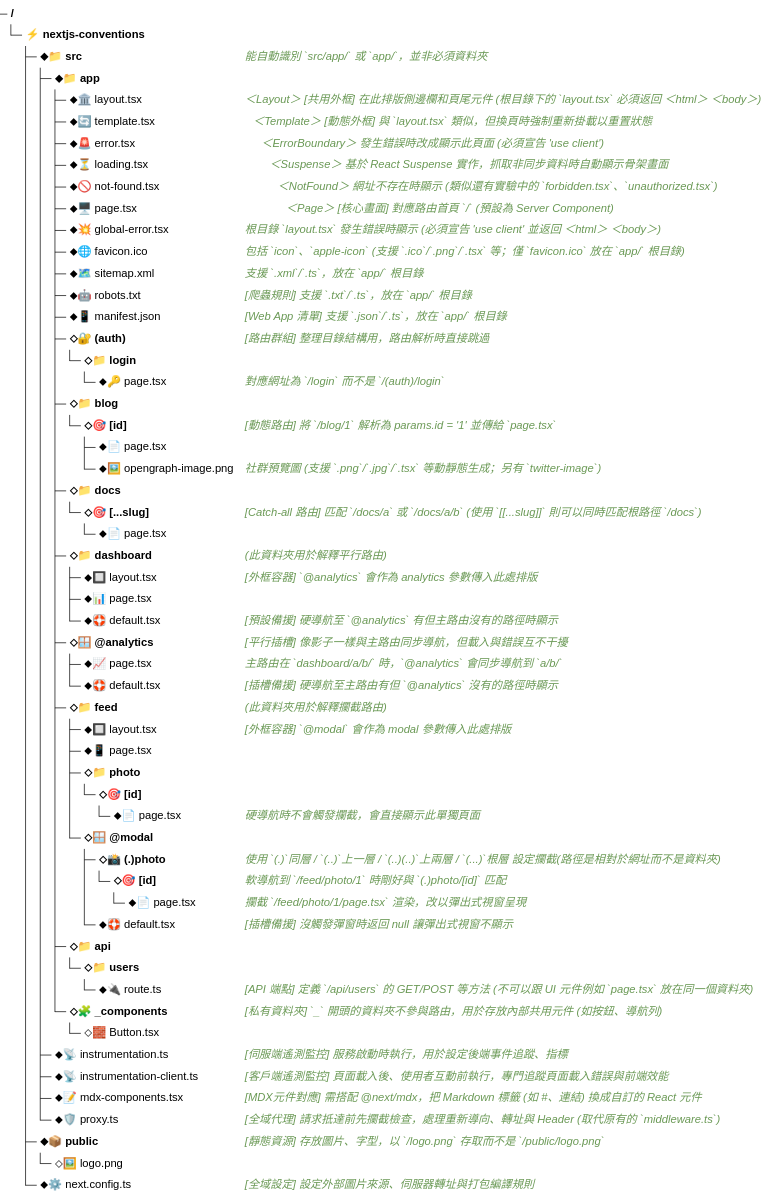
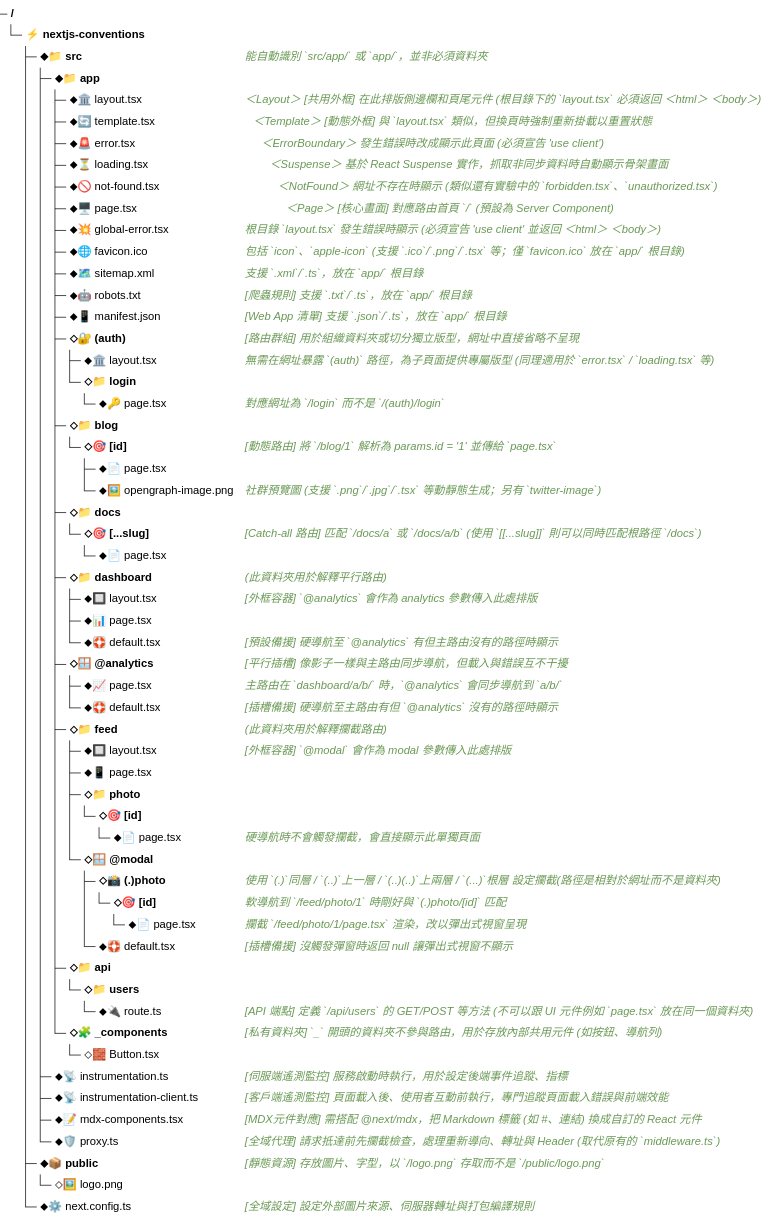
One commit to moonyoulove/nextjs-conventions-cheatsheet changed the diagram in README_ZH-TW.md. Above: the diagram before and after it, drawn with Mermaid (neutral theme). The commit also changed 1 other file, not shown here.

Commit message:
docs: add layout.tsx under route group and refine descriptions

````diff
--- a/README_ZH-TW.md
+++ b/README_ZH-TW.md
@@ -7,64 +7,65 @@
 ```mermaid
 ---
 config:
   treeView:
     showIcons: false
     rowIndent: 16
     paddingY: 6
 ---
 treeView-beta
 ⚡ nextjs-conventions/
   ⬥📁 src/ ## 能自動識別 `src/app/` 或 `app/`，並非必須資料夾
     ⬥📁 app/
       ⬥🏛️ layout.tsx ## ＜Layout＞ [共用外框] 在此排版側邊欄和頁尾元件 (根目錄下的 `layout.tsx` 必須返回 ＜html＞ ＜body＞)
       ⬥🔄 template.tsx ## ⠀＜Template＞ [動態外框] 與 `layout.tsx` 類似，但換頁時強制重新掛載以重置狀態
       ⬥🚨 error.tsx ## ⠀⠀＜ErrorBoundary＞ 發生錯誤時改成顯示此頁面 (必須宣告 'use client')
       ⬥⏳ loading.tsx ## ⠀⠀⠀＜Suspense＞ 基於 React Suspense 實作，抓取非同步資料時自動顯示骨架畫面
       ⬥🚫 not-found.tsx ## ⠀⠀⠀⠀＜NotFound＞ 網址不存在時顯示 (類似還有實驗中的 `forbidden.tsx`、`unauthorized.tsx`)
       ⬥🖥️ page.tsx ## ⠀⠀⠀⠀⠀＜Page＞ [核心畫面] 對應路由首頁 `/` (預設為 Server Component)
       ⬥💥 global-error.tsx ## 根目錄 `layout.tsx` 發生錯誤時顯示 (必須宣告 'use client' 並返回 ＜html＞ ＜body＞)
       ⬥🌐 favicon.ico ## 包括 `icon`、`apple-icon` (支援 `.ico`/`.png`/`.tsx` 等；僅 `favicon.ico` 放在 `app/` 根目錄)
       ⬥🗺️ sitemap.xml ## 支援 `.xml`/`.ts`，放在 `app/` 根目錄
       ⬥🤖 robots.txt ## [爬蟲規則] 支援 `.txt`/`.ts`，放在 `app/` 根目錄
       ⬥📱 manifest.json ## [Web App 清單] 支援 `.json`/`.ts`，放在 `app/` 根目錄
-      ⬦🔐 (auth)/ ## [路由群組] 整理目錄結構用，路由解析時直接跳過
+      ⬦🔐 (auth)/ ## [路由群組] 用於組織資料夾或切分獨立版型，網址中直接省略不呈現
+        ⬥🏛️ layout.tsx ## 無需在網址暴露 `(auth)` 路徑，為子頁面提供專屬版型 (同理適用於 `error.tsx` / `loading.tsx` 等)
         ⬦📁 login/
           ⬥🔑 page.tsx ## 對應網址為 `/login` 而不是 `/(auth)/login`
       ⬦📁 blog/
         ⬦🎯 [id]/ ## [動態路由] 將 `/blog/1` 解析為 params.id = '1' 並傳給 `page.tsx`
           ⬥📄 page.tsx
           ⬥🖼️ opengraph-image.png ## 社群預覽圖 (支援 `.png`/`.jpg`/`.tsx` 等動靜態生成；另有 `twitter-image`)
       ⬦📁 docs/
         ⬦🎯 [...slug]/ ## [Catch-all 路由] 匹配 `/docs/a` 或 `/docs/a/b` (使用 `[[...slug]]` 則可以同時匹配根路徑 `/docs`)
           ⬥📄 page.tsx
       ⬦📁 dashboard/ ## (此資料夾用於解釋平行路由)
         ⬥🔲 layout.tsx ## [外框容器] `@analytics` 會作為 analytics 參數傳入此處排版
         ⬥📊 page.tsx
         ⬥🛟 default.tsx ## [預設備援] 硬導航至 `@analytics` 有但主路由沒有的路徑時顯示
       ⬦🪟 @analytics/ ## [平行插槽] 像影子一樣與主路由同步導航，但載入與錯誤互不干擾
           ⬥📈 page.tsx ## 主路由在 `dashboard/a/b/` 時，`@analytics` 會同步導航到 `a/b/`
           ⬥🛟 default.tsx ## [插槽備援] 硬導航至主路由有但 `@analytics` 沒有的路徑時顯示
       ⬦📁 feed/ ## (此資料夾用於解釋攔截路由)
         ⬥🔲 layout.tsx ## [外框容器] `@modal` 會作為 modal 參數傳入此處排版
         ⬥📱 page.tsx
         ⬦📁 photo/
           ⬦🎯 [id]/
             ⬥📄 page.tsx ## 硬導航時不會觸發攔截，會直接顯示此單獨頁面
         ⬦🪟 @modal/
           ⬦📸 (.)photo/ ## 使用 `(.)`同層 / `(..)`上一層 / `(..)(..)`上兩層 / `(...)`根層 設定攔截(路徑是相對於網址而不是資料夾)
             ⬦🎯 [id]/ ## 軟導航到 `/feed/photo/1` 時剛好與 `(.)photo/[id]` 匹配
               ⬥📄 page.tsx ## 攔截 `/feed/photo/1/page.tsx` 渲染，改以彈出式視窗呈現
           ⬥🛟 default.tsx ## [插槽備援] 沒觸發彈窗時返回 null 讓彈出式視窗不顯示
       ⬦📁 api/
         ⬦📁 users/
           ⬥🔌 route.ts ## [API 端點] 定義 `/api/users` 的 GET/POST 等方法 (不可以跟 UI 元件例如 `page.tsx` 放在同一個資料夾)
       ⬦🧩 _components/ ## [私有資料夾] `_` 開頭的資料夾不參與路由，用於存放內部共用元件 (如按鈕、導航列)
         ⬦🧱 Button.tsx
     ⬥📡 instrumentation.ts ## [伺服端遙測監控] 服務啟動時執行，用於設定後端事件追蹤、指標
     ⬥📡 instrumentation-client.ts ## [客戶端遙測監控] 頁面載入後、使用者互動前執行，專門追蹤頁面載入錯誤與前端效能
     ⬥📝 mdx-components.tsx ## [MDX元件對應] 需搭配 @next/mdx，把 Markdown 標籤 (如 #、連結) 換成自訂的 React 元件
     ⬥🛡️ proxy.ts ## [全域代理] 請求抵達前先攔截檢查，處理重新導向、轉址與 Header (取代原有的 `middleware.ts`)
   ⬥📦 public/ ## [靜態資源] 存放圖片、字型，以 `/logo.png` 存取而不是 `/public/logo.png`
     ⬦🖼️ logo.png
   ⬥⚙️ next.config.ts ## [全域設定] 設定外部圖片來源、伺服器轉址與打包編譯規則
 ```
````
